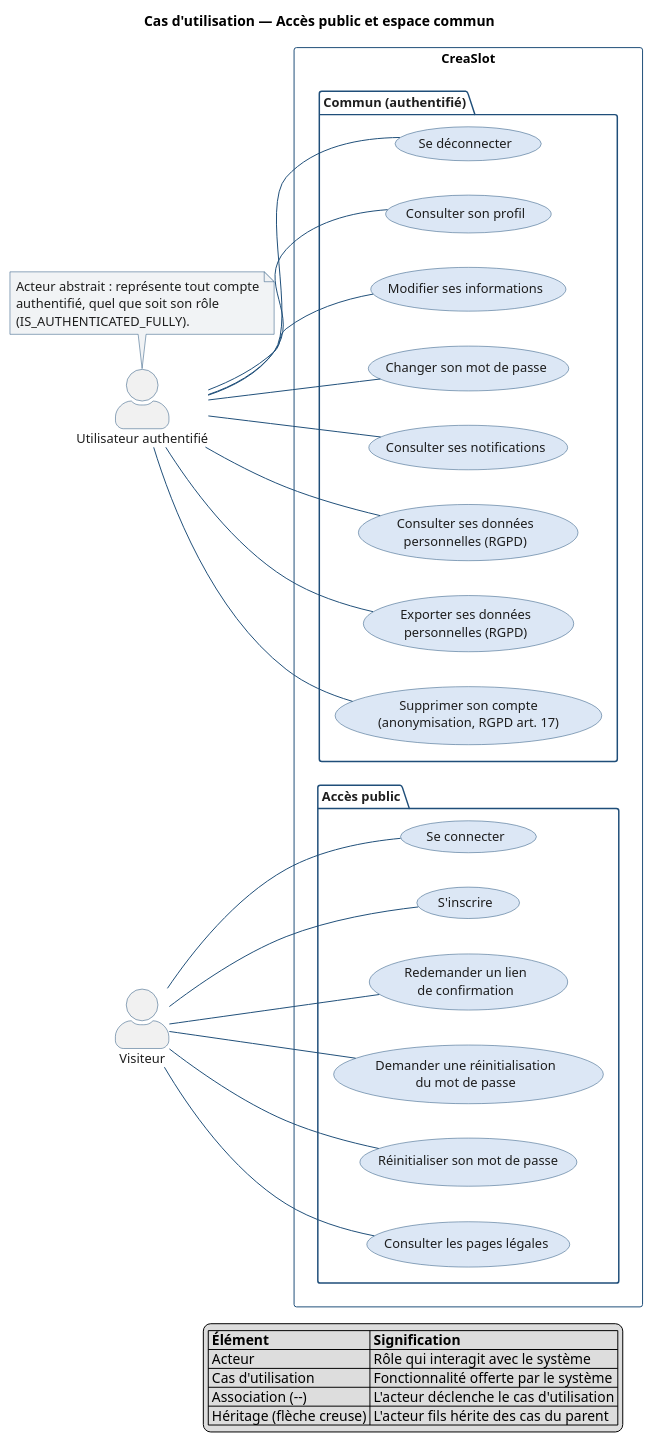
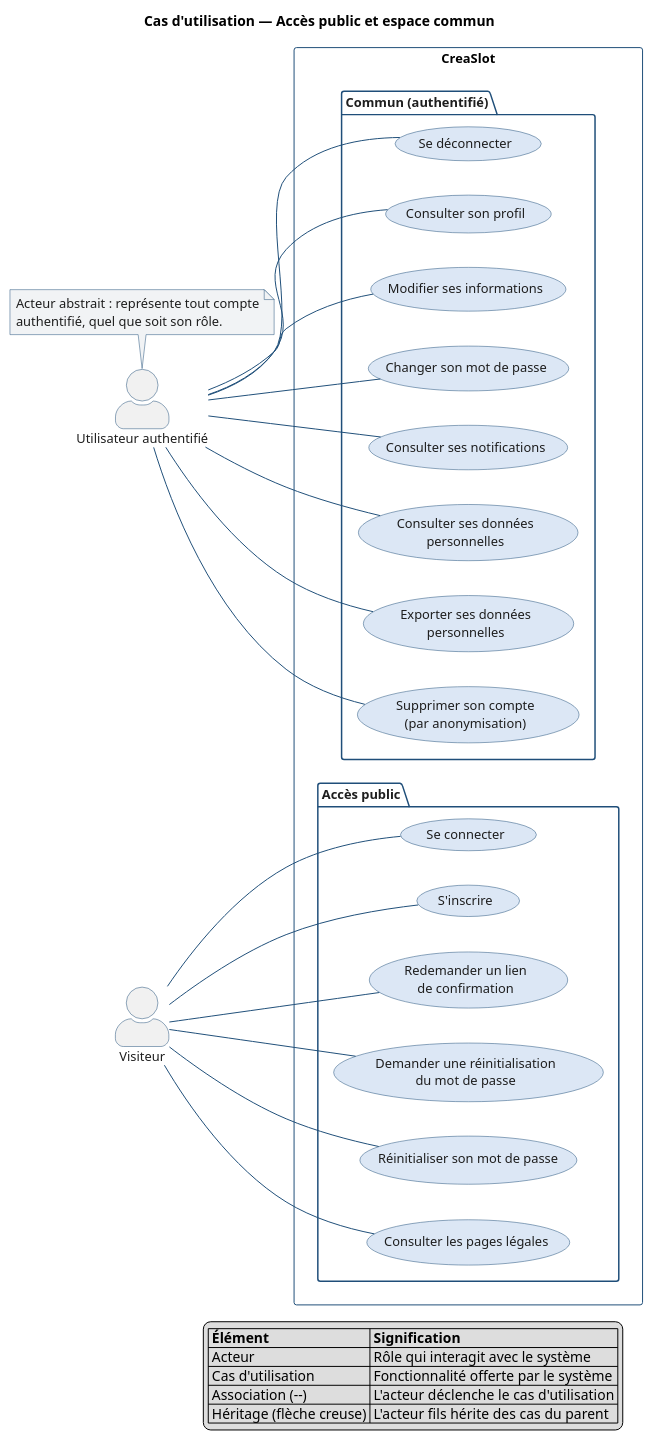
The diagram in docs/conception/diagrammes/cas-utilisation-1-commun.puml (sgahovey/creaslot), drawn with PlantUML before and after one commit. The commit also changed 49 other files, not shown here.

First line of the commit message:
docs(conception): regroupe les diagrammes et captures

```diff
--- a/docs/conception/diagrammes/cas-utilisation-1-commun.puml
+++ b/docs/conception/diagrammes/cas-utilisation-1-commun.puml
@@ -1,113 +1,112 @@
 @startuml cas-utilisation-1-commun
 ' =====================================================================
 ' CreaSlot — Cas d'utilisation 1/4 : acces public et espace commun
 '
 ' Fidele au code : chaque cas d'usage correspond a une route reellement
 ' declaree dans src/Controller/ et protegee par access_control
 ' (PUBLIC_ACCESS) ou par #[IsGranted('IS_AUTHENTICATED_FULLY')].
 '
 ' Sources : SecurityController, ResetPasswordController, LegalController,
 '           MonProfilController, NotificationListeController, ExportController.
 ' =====================================================================
 
 left to right direction
 skinparam shadowing false
 skinparam actorStyle awesome
 skinparam defaultFontName Helvetica
 skinparam defaultFontSize 13
 skinparam usecase {
   BorderColor #1F4E79
   BackgroundColor #DCE7F5
   FontColor #1E1E1E
 }
 skinparam actor {
   BorderColor #1F4E79
   FontColor #1E1E1E
 }
 skinparam participant {
   BorderColor #1F4E79
   BackgroundColor #DCE7F5
   FontColor #1E1E1E
 }
 skinparam sequence {
   ArrowColor #1F4E79
   LifeLineBorderColor #1F4E79
   GroupBorderColor #1F4E79
 }
 skinparam package {
   BorderColor #1F4E79
   FontColor #1E1E1E
 }
 skinparam note {
   BorderColor #1F4E79
   BackgroundColor #F1F3F5
   FontColor #1E1E1E
 }
 
 title Cas d'utilisation — Accès public et espace commun
 
 actor "Visiteur" as VISITEUR
 actor "Utilisateur authentifié" as UTILISATEUR
 
 rectangle CreaSlot {
 
     package "Accès public" {
         usecase "Se connecter"                              as UC_CONNEXION
         usecase "S'inscrire"                                as UC_INSCRIPTION
         usecase "Redemander un lien\nde confirmation"        as UC_CONFIRM_RENVOI
         usecase "Demander une réinitialisation\ndu mot de passe" as UC_MDP_DEMANDE
         usecase "Réinitialiser son mot de passe"            as UC_MDP_RESET
         usecase "Consulter les pages légales"               as UC_LEGAL
     }
 
     package "Commun (authentifié)" {
         usecase "Se déconnecter"                            as UC_DECONNEXION
         usecase "Consulter son profil"                      as UC_PROFIL
         usecase "Modifier ses informations"                 as UC_PROFIL_INFOS
         usecase "Changer son mot de passe"                  as UC_PROFIL_MDP
         usecase "Consulter ses notifications"               as UC_NOTIFICATIONS
-        usecase "Consulter ses données\npersonnelles (RGPD)" as UC_DONNEES
-        usecase "Exporter ses données\npersonnelles (RGPD)"  as UC_DONNEES_EXPORT
-        usecase "Supprimer son compte\n(anonymisation, RGPD art. 17)" as UC_SUPPRESSION
+        usecase "Consulter ses données\npersonnelles" as UC_DONNEES
+        usecase "Exporter ses données\npersonnelles"  as UC_DONNEES_EXPORT
+        usecase "Supprimer son compte\n(par anonymisation)" as UC_SUPPRESSION
     }
 }
 
 ' Associations — Visiteur (routes PUBLIC_ACCESS)
 VISITEUR -- UC_CONNEXION
 VISITEUR -- UC_INSCRIPTION
 VISITEUR -- UC_CONFIRM_RENVOI
 VISITEUR -- UC_MDP_DEMANDE
 VISITEUR -- UC_MDP_RESET
 VISITEUR -- UC_LEGAL
 
 ' Associations — Utilisateur authentifié (IS_AUTHENTICATED_FULLY)
 UTILISATEUR -- UC_DECONNEXION
 UTILISATEUR -- UC_PROFIL
 UTILISATEUR -- UC_PROFIL_INFOS
 UTILISATEUR -- UC_PROFIL_MDP
 UTILISATEUR -- UC_NOTIFICATIONS
 UTILISATEUR -- UC_DONNEES
 UTILISATEUR -- UC_DONNEES_EXPORT
 UTILISATEUR -- UC_SUPPRESSION
 
 ' La réinitialisation du mot de passe envoie un E-MAIL
 ' (ResetPasswordController -> NotificationService::envoyer via Mailer),
 ' PAS une notification in-app : aucune relation <<include>> vers un cas
 ' "notification". Les notifications in-app ne concernent que le cycle
 ' réservation/créneau (cf. TypeNotification : 5 types seulement).
 
 note top of UTILISATEUR
   Acteur abstrait : représente tout compte
-  authentifié, quel que soit son rôle
-  (IS_AUTHENTICATED_FULLY).
+  authentifié, quel que soit son rôle.
 end note
 
 legend right
   | **Élément** | **Signification** |
   | Acteur | Rôle qui interagit avec le système |
   | Cas d'utilisation | Fonctionnalité offerte par le système |
   | Association (--) | L'acteur déclenche le cas d'utilisation |
   | Héritage (flèche creuse) | L'acteur fils hérite des cas du parent |
 endlegend
 
 @enduml
```
